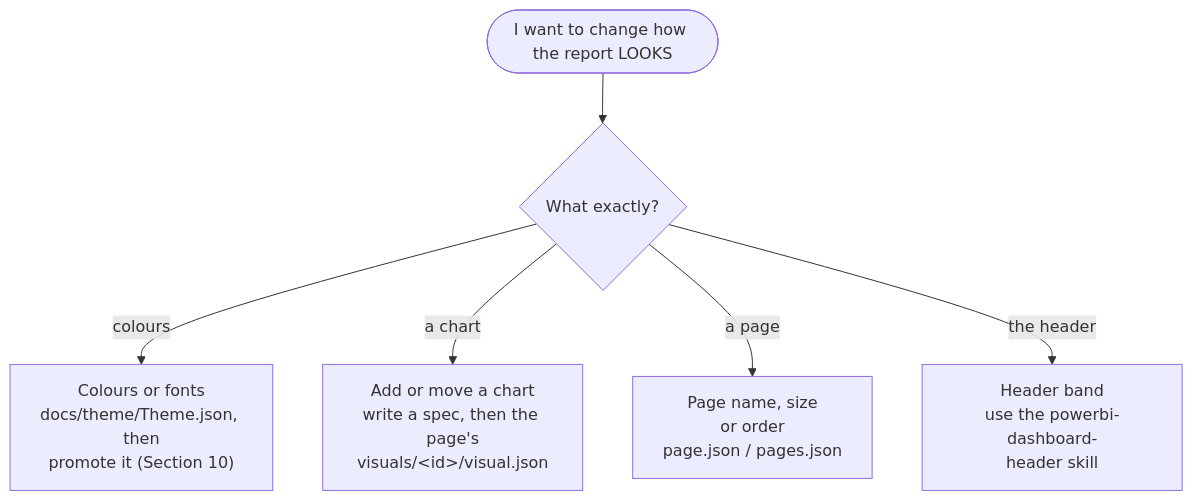
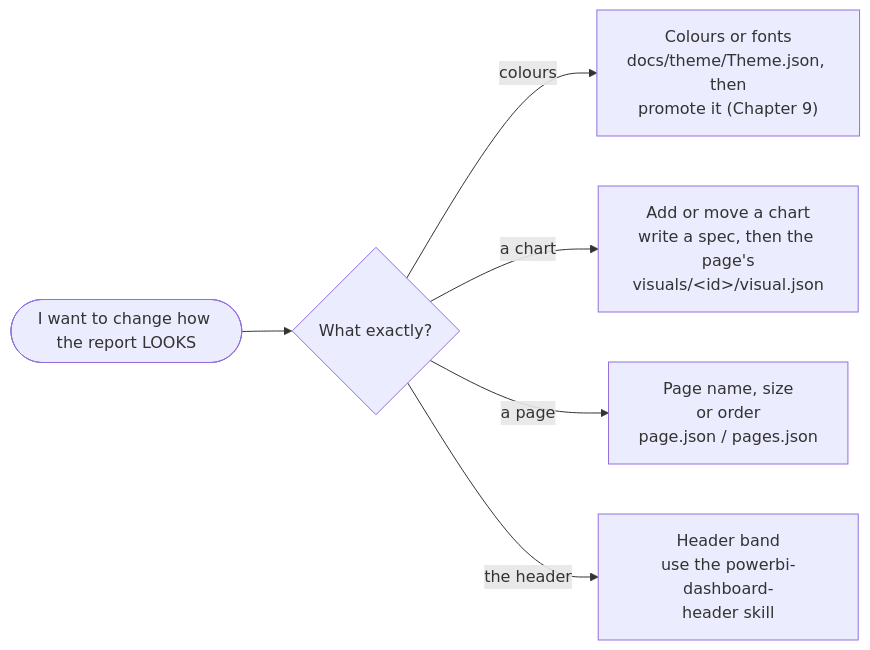
The diagram in guide/images/src/15-1-looks.mmd (GibbonGambits/PGE-PBIP-Template), drawn with Mermaid before and after one commit. The commit also changed 175 other files, not shown here.

```diff
--- a/guide/images/src/15-1-looks.mmd
+++ b/guide/images/src/15-1-looks.mmd
@@ -1,12 +1,12 @@
-flowchart TB
+flowchart LR
   S(["I want to change how the report LOOKS"]):::you
   Q{"What exactly?"}:::n
-  A1["Colours or fonts<br/>docs/theme/Theme.json, then<br/>promote it (Section 10)"]:::a
+  A1["Colours or fonts<br/>docs/theme/Theme.json, then<br/>promote it (Chapter 9)"]:::a
   A2["Add or move a chart<br/>write a spec, then the page's<br/>visuals/&lt;id&gt;/visual.json"]:::a
   A3["Page name, size<br/>or order<br/>page.json / pages.json"]:::a
   A4["Header band<br/>use the powerbi-dashboard-<br/>header skill"]:::aa
   S --> Q
   Q -- "colours" --> A1
   Q -- "a chart" --> A2
   Q -- "a page" --> A3
   Q -- "the header" --> A4
```
